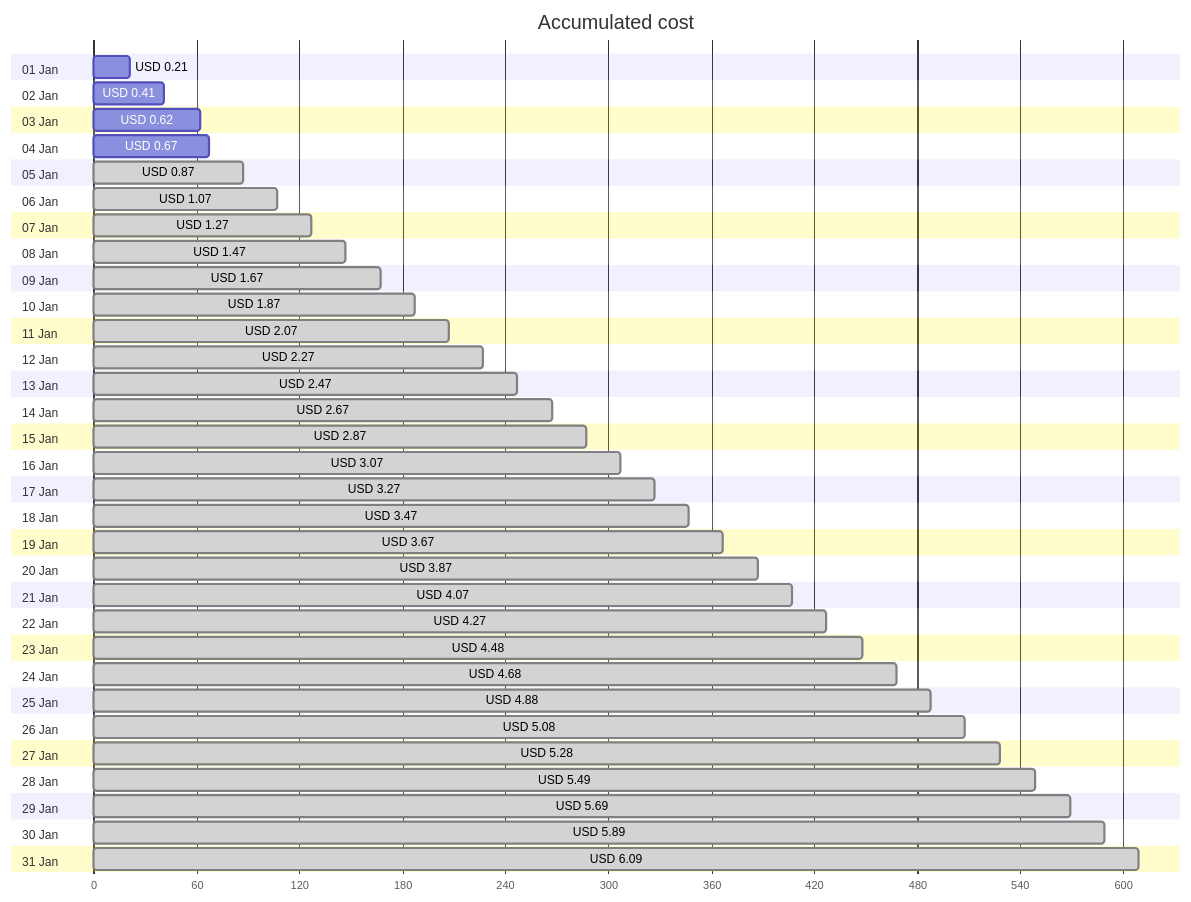
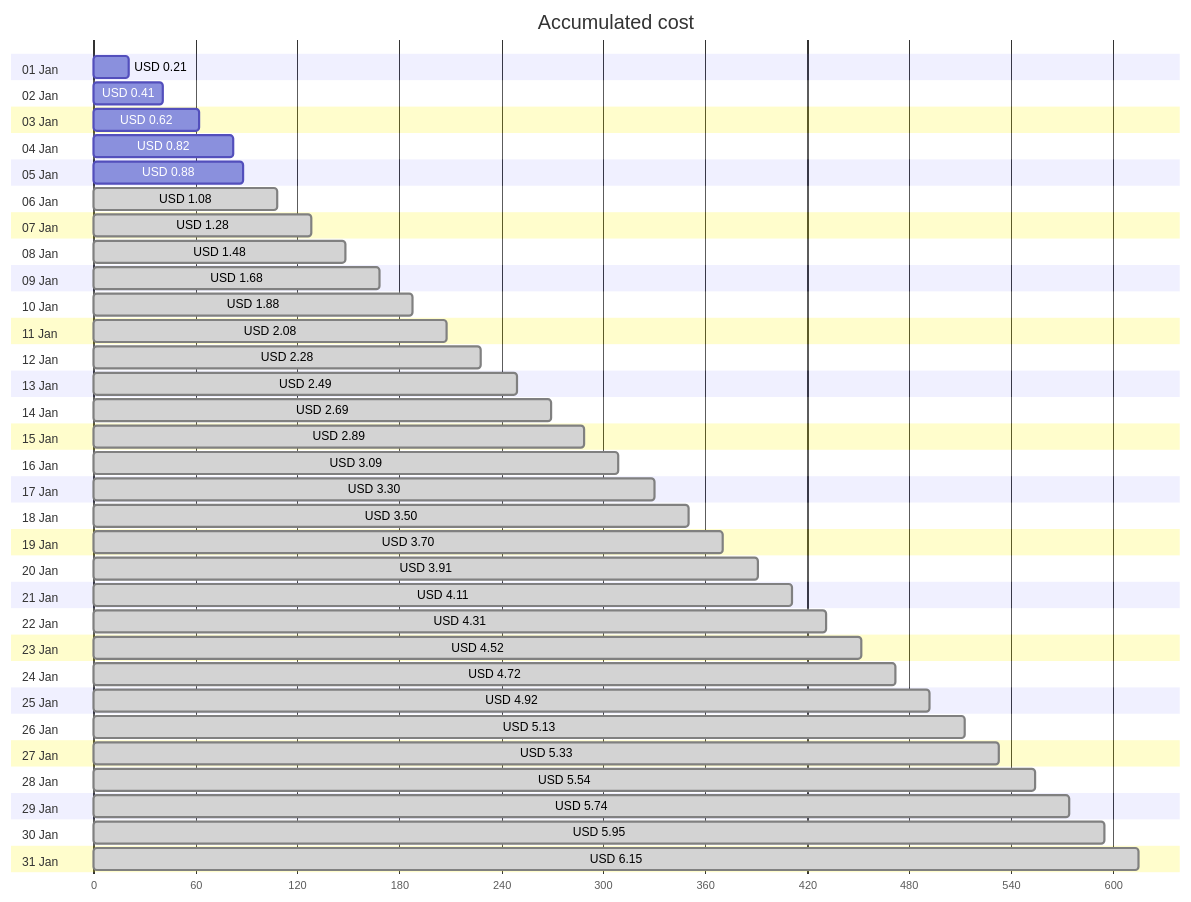
The first of 4 diagrams in cost-reports/personal-network/backup-server.md (jpfulton/azure-personal-reports), drawn with Mermaid before and after one commit. The commit also changed other lines of this file and 8 other files, not shown here.

````diff
--- a/cost-reports/personal-network/backup-server.md
+++ b/cost-reports/personal-network/backup-server.md
@@ -20,68 +20,68 @@
 ```mermaid
 gantt
    title Accumulated cost
    dateFormat  X
    axisFormat %s
    section 01 Jan
    USD 0.21 :0, 21
    section 02 Jan
    USD 0.41 :0, 41
    section 03 Jan
    USD 0.62 :0, 62
    section 04 Jan
-   USD 0.67 :0, 67
+   USD 0.82 :0, 82
    section 05 Jan
-   USD 0.87 : done, 0, 87
+   USD 0.88 :0, 88
    section 06 Jan
-   USD 1.07 : done, 0, 107
+   USD 1.08 : done, 0, 108
    section 07 Jan
-   USD 1.27 : done, 0, 127
+   USD 1.28 : done, 0, 128
    section 08 Jan
-   USD 1.47 : done, 0, 147
+   USD 1.48 : done, 0, 148
    section 09 Jan
-   USD 1.67 : done, 0, 167
+   USD 1.68 : done, 0, 168
    section 10 Jan
-   USD 1.87 : done, 0, 187
+   USD 1.88 : done, 0, 188
    section 11 Jan
-   USD 2.07 : done, 0, 207
+   USD 2.08 : done, 0, 208
    section 12 Jan
-   USD 2.27 : done, 0, 227
+   USD 2.28 : done, 0, 228
    section 13 Jan
-   USD 2.47 : done, 0, 247
+   USD 2.49 : done, 0, 249
    section 14 Jan
-   USD 2.67 : done, 0, 267
+   USD 2.69 : done, 0, 269
    section 15 Jan
-   USD 2.87 : done, 0, 287
+   USD 2.89 : done, 0, 289
    section 16 Jan
-   USD 3.07 : done, 0, 307
+   USD 3.09 : done, 0, 309
    section 17 Jan
-   USD 3.27 : done, 0, 327
+   USD 3.30 : done, 0, 330
    section 18 Jan
-   USD 3.47 : done, 0, 347
+   USD 3.50 : done, 0, 350
    section 19 Jan
-   USD 3.67 : done, 0, 367
+   USD 3.70 : done, 0, 370
    section 20 Jan
-   USD 3.87 : done, 0, 387
+   USD 3.91 : done, 0, 391
    section 21 Jan
-   USD 4.07 : done, 0, 407
+   USD 4.11 : done, 0, 411
    section 22 Jan
-   USD 4.27 : done, 0, 427
+   USD 4.31 : done, 0, 431
    section 23 Jan
-   USD 4.48 : done, 0, 448
+   USD 4.52 : done, 0, 452
    section 24 Jan
-   USD 4.68 : done, 0, 468
+   USD 4.72 : done, 0, 472
    section 25 Jan
-   USD 4.88 : done, 0, 488
+   USD 4.92 : done, 0, 492
    section 26 Jan
-   USD 5.08 : done, 0, 508
+   USD 5.13 : done, 0, 513
    section 27 Jan
-   USD 5.28 : done, 0, 528
+   USD 5.33 : done, 0, 533
    section 28 Jan
-   USD 5.49 : done, 0, 549
+   USD 5.54 : done, 0, 554
    section 29 Jan
-   USD 5.69 : done, 0, 569
+   USD 5.74 : done, 0, 574
    section 30 Jan
-   USD 5.89 : done, 0, 589
+   USD 5.95 : done, 0, 595
    section 31 Jan
-   USD 6.09 : done, 0, 609
+   USD 6.15 : done, 0, 615
 ```
````
